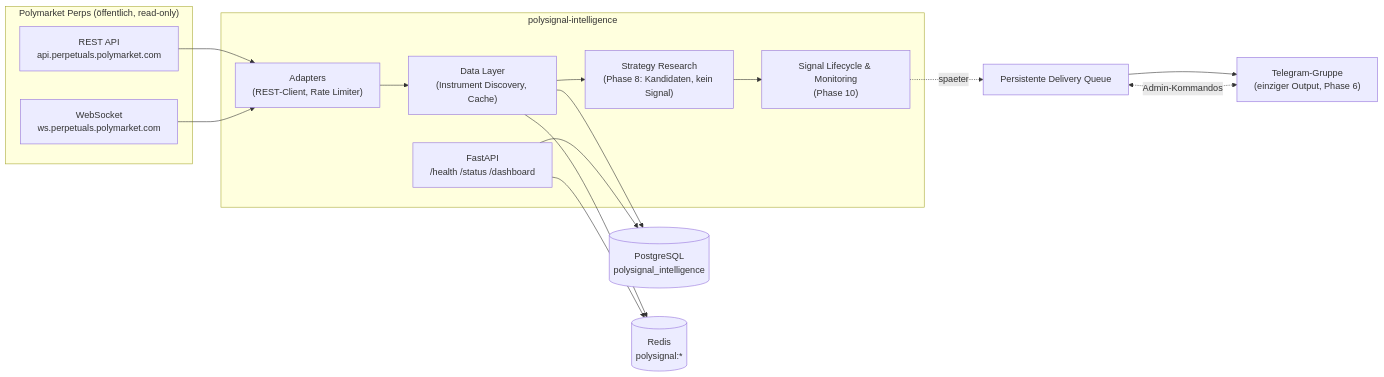
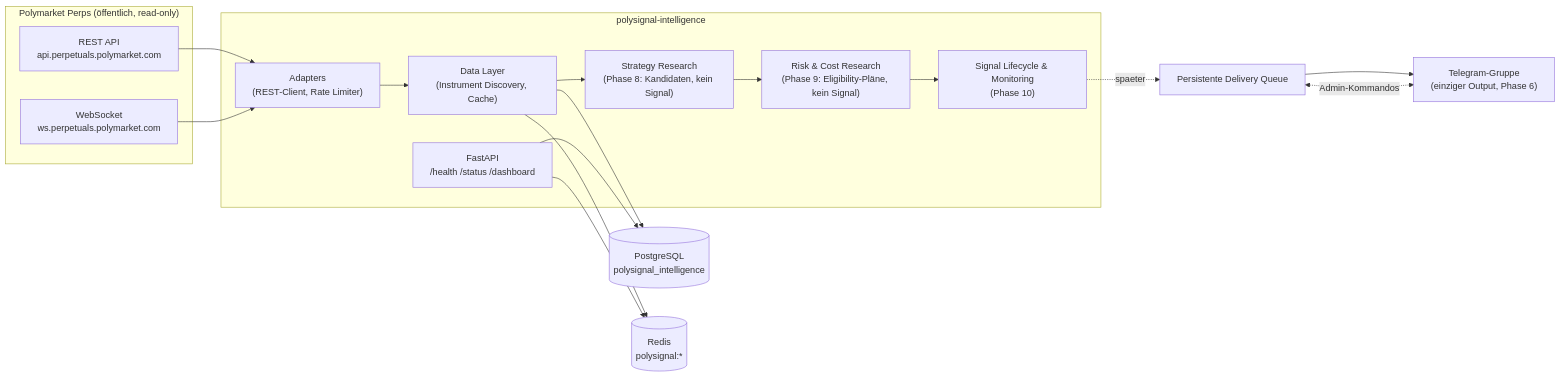
One commit to moritzkraemer290809-cell/signal-polybot changed the diagram in README.md. Above: the diagram before and after it, drawn with Mermaid. The commit also changed other lines of this file and 68 other files, not shown here.

````diff
--- a/README.md
+++ b/README.md
@@ -30,29 +31,30 @@
 ```mermaid
 flowchart LR
     subgraph public["Polymarket Perps (öffentlich, read-only)"]
         REST["REST API<br/>api.perpetuals.polymarket.com"]
         WS["WebSocket<br/>ws.perpetuals.polymarket.com"]
     end
 
     subgraph app["polysignal-intelligence"]
         ADP["Adapters<br/>(REST-Client, Rate Limiter)"]
         DATA["Data Layer<br/>(Instrument Discovery, Cache)"]
         STRAT["Strategy Research<br/>(Phase 8: Kandidaten, kein Signal)"]
+        RISK["Risk & Cost Research<br/>(Phase 9: Eligibility-Pläne, kein Signal)"]
         MON["Signal Lifecycle & Monitoring<br/>(Phase 10)"]
         API["FastAPI<br/>/health /status /dashboard"]
     end
 
     PG[("PostgreSQL<br/>polysignal_intelligence")]
     RD[("Redis<br/>polysignal:*")]
     TG["Telegram-Gruppe<br/>(einziger Output, Phase 6)"]
 
     REST --> ADP --> DATA
     WS --> ADP
     DATA --> PG
     DATA --> RD
-    DATA --> STRAT --> MON
+    DATA --> STRAT --> RISK --> MON
     MON -.spaeter.-> TGQ["Persistente Delivery Queue"] --> TG
     TGQ <-.Admin-Kommandos.-> TG
     API --> PG
     API --> RD
 ```
````
